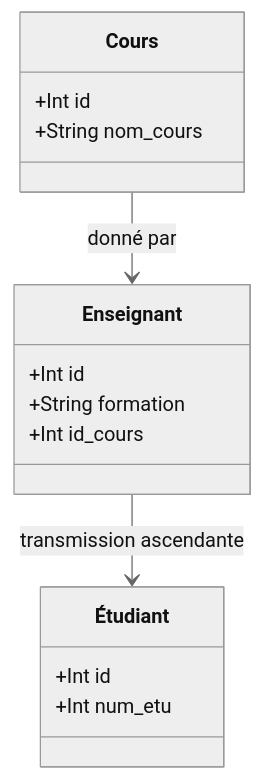
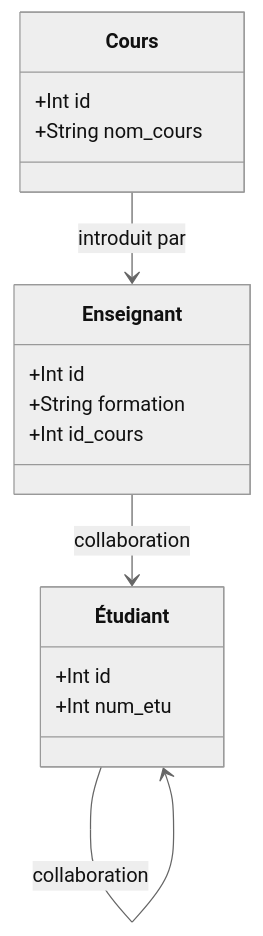
One commit to lmimouni-rim/EDUCATION changed the diagram in class.md. Above: the diagram before and after it, drawn with Mermaid (neutral theme).

````diff
--- a/class.md
+++ b/class.md
@@ -1,22 +1,23 @@
 ```mermaid
 
 classDiagram
     
     class Étudiant
     Étudiant : +Int id
     Étudiant : +Int num_etu
 
     class Enseignant 
     Enseignant : +Int id
     Enseignant : +String formation 
     Enseignant : +Int id_cours
 
     class Cours
     Cours : +Int id
     Cours : +String nom_cours
 
-    Cours --> Enseignant : donné par
-    Enseignant --> Étudiant : transmission ascendante
+    Cours --> Enseignant : introduit par 
+    Enseignant --> Étudiant : collaboration
+    Étudiant --> Étudiant : collaboration
 
  
 ```
````
